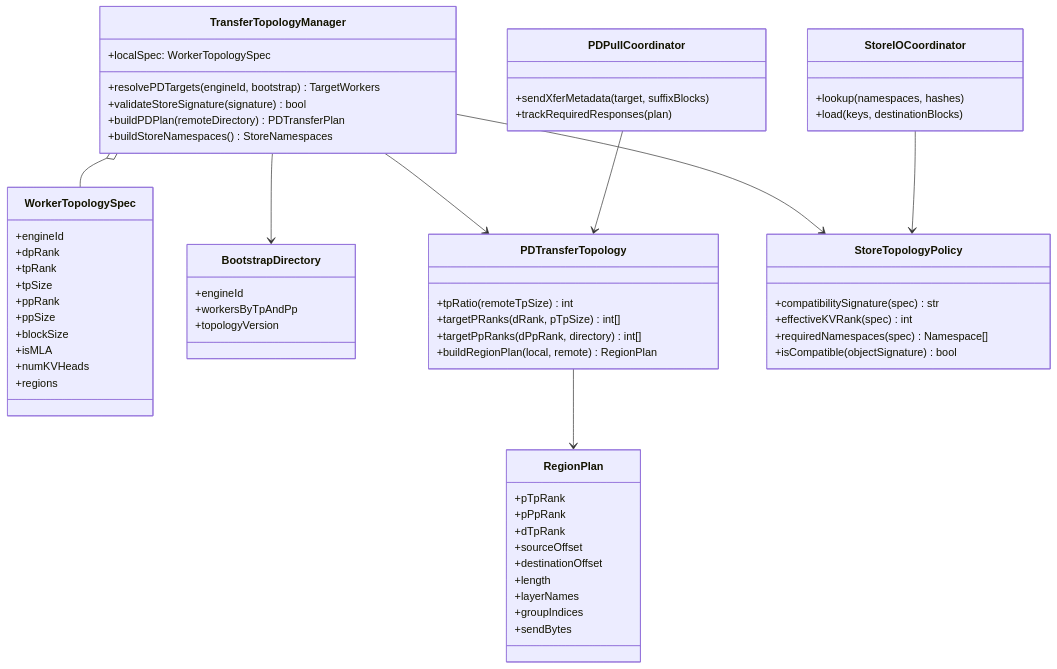
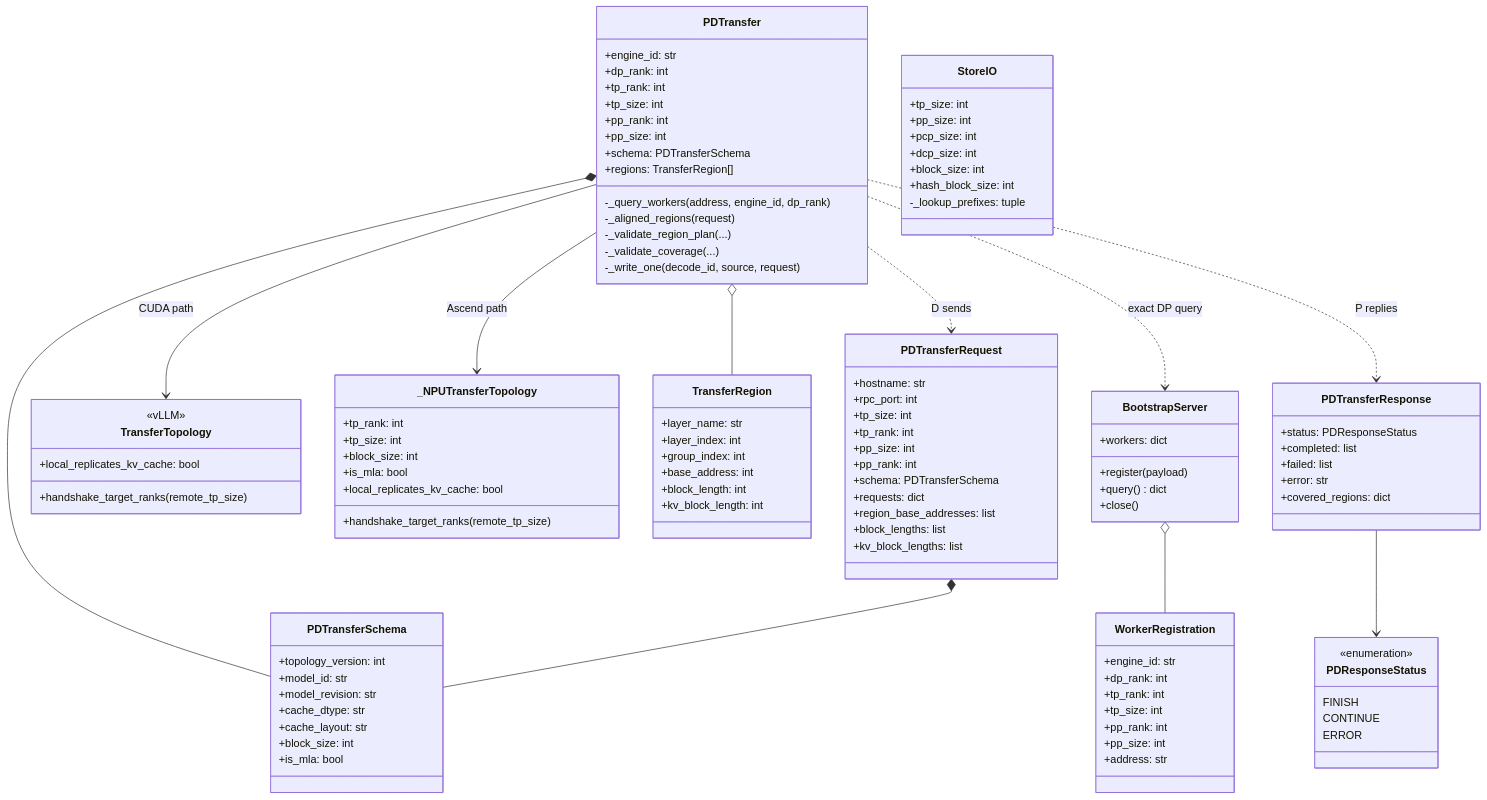
The second of 6 diagrams in docs/design/S03-decode设计.md (WangSu-X/MTSC), drawn with Mermaid before and after one commit. The commit also changed other lines of this file and 18 other files, not shown here.

````diff
--- a/docs/design/S03-decode设计.md
+++ b/docs/design/S03-decode设计.md
@@ -389,66 +409,109 @@
 ```mermaid
 classDiagram
-    class TransferTopologyManager {
-        +localSpec: WorkerTopologySpec
-        +resolvePDTargets(engineId, bootstrap) TargetWorkers
-        +validateStoreSignature(signature) bool
-        +buildPDPlan(remoteDirectory) PDTransferPlan
-        +buildStoreNamespaces() StoreNamespaces
+    class PDTransfer {
+        +engine_id: str
+        +dp_rank: int
+        +tp_rank: int
+        +tp_size: int
+        +pp_rank: int
+        +pp_size: int
+        +schema: PDTransferSchema
+        +regions: TransferRegion[]
+        -_query_workers(address, engine_id, dp_rank)
+        -_aligned_regions(request)
+        -_validate_region_plan(...)
+        -_validate_coverage(...)
+        -_write_one(decode_id, source, request)
     }
-    class WorkerTopologySpec {
-        +engineId
-        +dpRank
-        +tpRank
-        +tpSize
-        +ppRank
-        +ppSize
-        +blockSize
-        +isMLA
-        +numKVHeads
-        +regions
+    class BootstrapServer {
+        +workers: dict
+        +register(payload)
+        +query() dict
+        +close()
     }
-    class BootstrapDirectory {
-        +engineId
-        +workersByTpAndPp
-        +topologyVersion
+    class WorkerRegistration {
+        +engine_id: str
+        +dp_rank: int
+        +tp_rank: int
+        +tp_size: int
+        +pp_rank: int
+        +pp_size: int
+        +address: str
     }
-    class PDTransferTopology {
-        +tpRatio(remoteTpSize) int
-        +targetPRanks(dRank, pTpSize) int[]
-        +targetPpRanks(dPpRank, directory) int[]
-        +buildRegionPlan(local, remote) RegionPlan
+    class TransferTopology {
+        <<vLLM>>
+        +handshake_target_ranks(remote_tp_size)
+        +local_replicates_kv_cache: bool
     }
-    class StoreTopologyPolicy {
-        +compatibilitySignature(spec) str
-        +effectiveKVRank(spec) int
-        +requiredNamespaces(spec) Namespace[]
-        +isCompatible(objectSignature) bool
+    class _NPUTransferTopology {
+        +tp_rank: int
+        +tp_size: int
+        +block_size: int
+        +is_mla: bool
+        +local_replicates_kv_cache: bool
+        +handshake_target_ranks(remote_tp_size)
     }
-    class RegionPlan {
-        +pTpRank
-        +pPpRank
-        +dTpRank
-        +sourceOffset
-        +destinationOffset
-        +length
-        +layerNames
-        +groupIndices
-        +sendBytes
+    class TransferRegion {
+        +layer_name: str
+        +layer_index: int
+        +group_index: int
+        +base_address: int
+        +block_length: int
+        +kv_block_length: int
     }
-    class PDPullCoordinator {
-        +sendXferMetadata(target, suffixBlocks)
-        +trackRequiredResponses(plan)
+    class PDTransferSchema {
+        +topology_version: int
+        +model_id: str
+        +model_revision: str
+        +cache_dtype: str
+        +cache_layout: str
+        +block_size: int
+        +is_mla: bool
     }
-    class StoreIOCoordinator {
-        +lookup(namespaces, hashes)
-        +load(keys, destinationBlocks)
+    class PDTransferRequest {
+        +hostname: str
+        +rpc_port: int
+        +tp_size: int
+        +tp_rank: int
+        +pp_size: int
+        +pp_rank: int
+        +schema: PDTransferSchema
+        +requests: dict
+        +region_base_addresses: list
+        +block_lengths: list
+        +kv_block_lengths: list
+    }
+    class PDTransferResponse {
+        +status: PDResponseStatus
+        +completed: list
+        +failed: list
+        +error: str
+        +covered_regions: dict
+    }
+    class PDResponseStatus {
+        <<enumeration>>
+        FINISH
+        CONTINUE
+        ERROR
+    }
+    class StoreIO {
+        +tp_size: int
+        +pp_size: int
+        +pcp_size: int
+        +dcp_size: int
+        +block_size: int
+        +hash_block_size: int
+        -_lookup_prefixes: tuple
     }
 
-    TransferTopologyManager o-- WorkerTopologySpec
-    TransferTopologyManager --> BootstrapDirectory
-    TransferTopologyManager --> PDTransferTopology
-    TransferTopologyManager --> StoreTopologyPolicy
-    PDTransferTopology --> RegionPlan
-    PDPullCoordinator --> PDTransferTopology
-    StoreIOCoordinator --> StoreTopologyPolicy
+    PDTransfer *-- PDTransferSchema
+    PDTransfer o-- TransferRegion
+    PDTransfer --> TransferTopology : CUDA path
+    PDTransfer --> _NPUTransferTopology : Ascend path
+    PDTransfer ..> BootstrapServer : exact DP query
+    BootstrapServer o-- WorkerRegistration
+    PDTransfer ..> PDTransferRequest : D sends
+    PDTransfer ..> PDTransferResponse : P replies
+    PDTransferRequest *-- PDTransferSchema
+    PDTransferResponse --> PDResponseStatus
 ```
````
